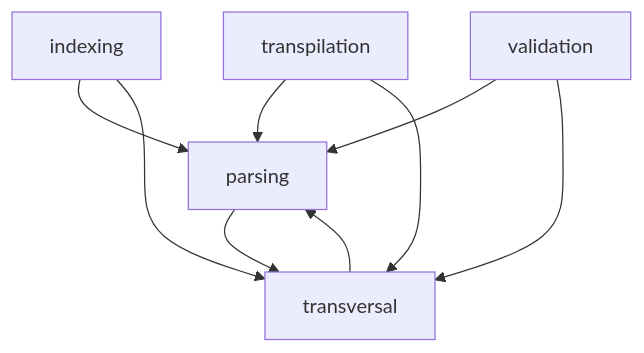
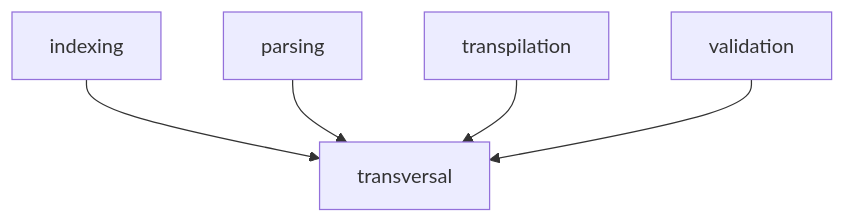
The second of 3 diagrams in doc/architecture.md (Nicolas-Ferre/gpex), drawn with Mermaid before and after one commit. The commit also changed other lines of this file and 65 other files, not shown here.

````diff
--- a/doc/architecture.md
+++ b/doc/architecture.md
@@ -68,11 +69,7 @@
 ```mermaid
 graph TD
-    indexing --> parsing
     indexing --> transversal
     parsing --> transversal
-    transpilation --> parsing
     transpilation --> transversal
-    transversal --> parsing
-    validation --> parsing
     validation --> transversal
 ```
````
